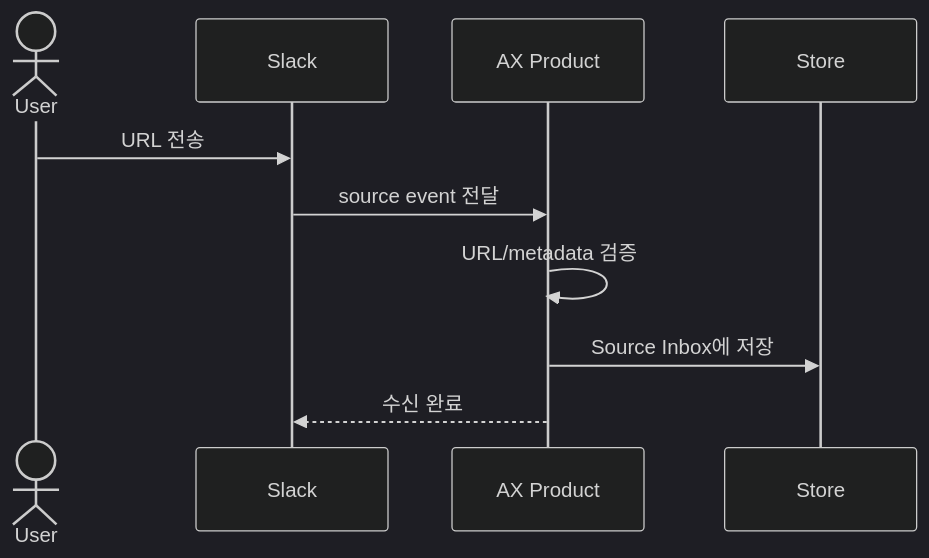
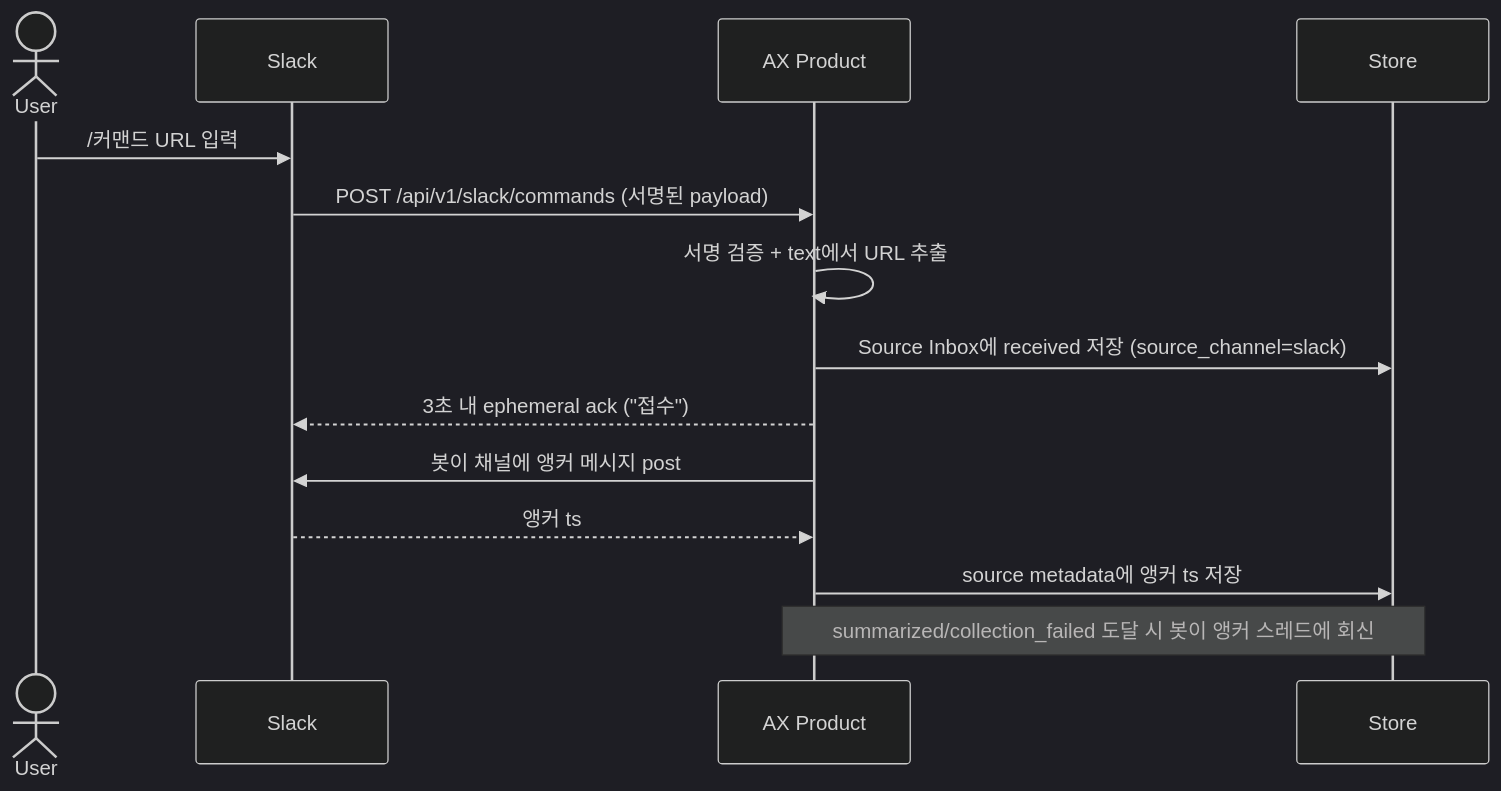
The first of 3 diagrams in products/ax-knowledge-graph/20-spec/spec-003-source-inbox.md (kknaks/kknaks_profile), drawn with Mermaid (dark theme) before and after one commit. The commit also changed other lines of this file and 17 other files, not shown here.

````diff
--- a/products/ax-knowledge-graph/20-spec/spec-003-source-inbox.md
+++ b/products/ax-knowledge-graph/20-spec/spec-003-source-inbox.md
@@ -176,13 +188,17 @@
 ```mermaid
 sequenceDiagram
     actor User
     participant Slack
     participant AX as AX Product
     participant Store
 
-    User->>Slack: URL 전송
-    Slack->>AX: source event 전달
-    AX->>AX: URL/metadata 검증
-    AX->>Store: Source Inbox에 저장
-    AX-->>Slack: 수신 완료
+    User->>Slack: /커맨드 URL 입력
+    Slack->>AX: POST /api/v1/slack/commands (서명된 payload)
+    AX->>AX: 서명 검증 + text에서 URL 추출
+    AX->>Store: Source Inbox에 received 저장 (source_channel=slack)
+    AX-->>Slack: 3초 내 ephemeral ack ("접수")
+    AX->>Slack: 봇이 채널에 앵커 메시지 post
+    Slack-->>AX: 앵커 ts
+    AX->>Store: source metadata에 앵커 ts 저장
+    Note over AX,Store: summarized/collection_failed 도달 시 봇이 앵커 스레드에 회신
 ```
````
